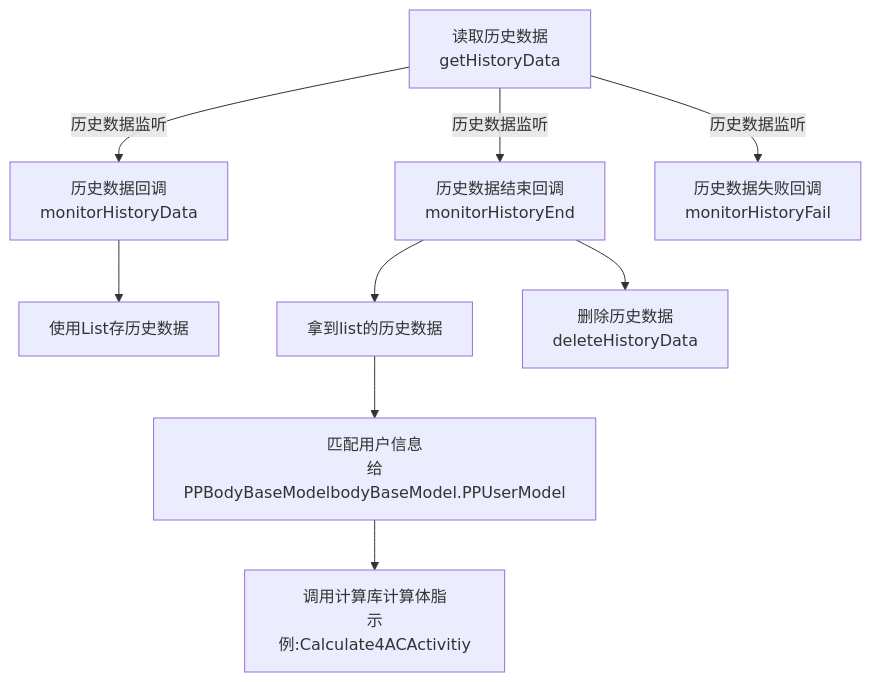
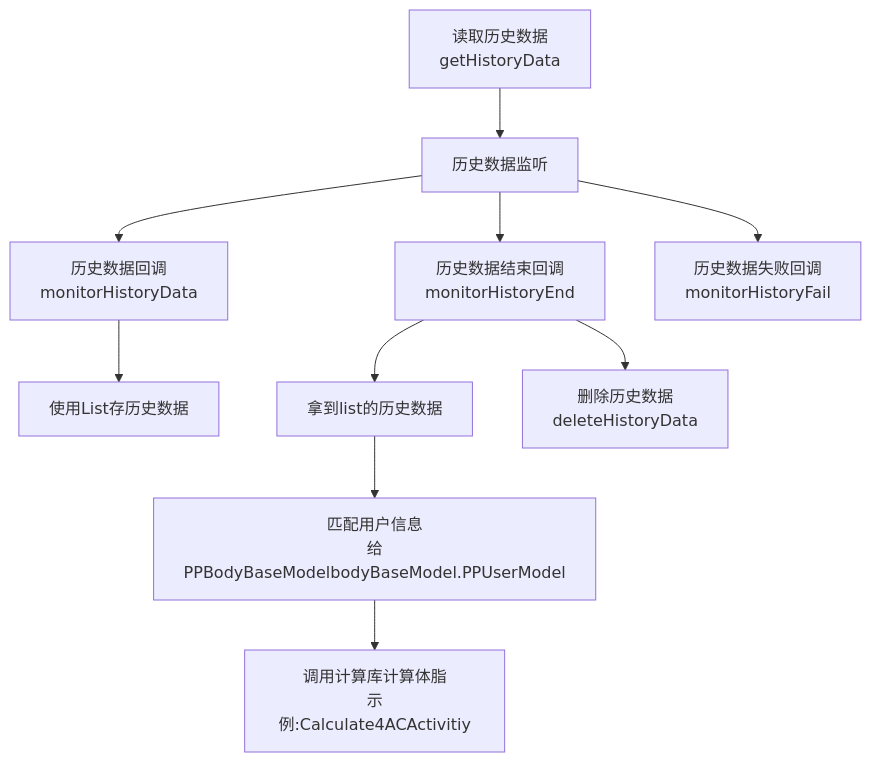
One commit to LefuHengqi/BluetoothKit-AndroidDemo changed the fourth of 18 diagrams in README.md. Above: the diagram before and after it, drawn with Mermaid. The commit also changed other lines of this file, not shown here.

````diff
--- a/README.md
+++ b/README.md
@@ -444,9 +460,9 @@
 ```mermaid  
 graph TD  
-A[读取历史数据<br>getHistoryData]--历史数据监听-->B1[历史数据回调<br>monitorHistoryData]
+A[读取历史数据<br>getHistoryData]-->A1[历史数据监听]-->B1[历史数据回调<br>monitorHistoryData]
 B1[历史数据回调<br>monitorHistoryData]-->C[使用List存历史数据]
-A[读取历史数据<br>getHistoryData]--历史数据监听-->B2[历史数据结束回调<br>monitorHistoryEnd]
+A1-->B2[历史数据结束回调<br>monitorHistoryEnd]
 B2-->D[拿到list的历史数据]-->E[匹配用户信息<br>给PPBodyBaseModelbodyBaseModel.PPUserModel]-->F[调用计算库计算体脂<br>示例:Calculate4ACActivitiy]
 B2-->G[删除历史数据<br>deleteHistoryData]
-A[读取历史数据<br>getHistoryData]--历史数据监听-->B3[历史数据失败回调<br>monitorHistoryFail]
+A1-->B3[历史数据失败回调<br>monitorHistoryFail]
 ```
````
